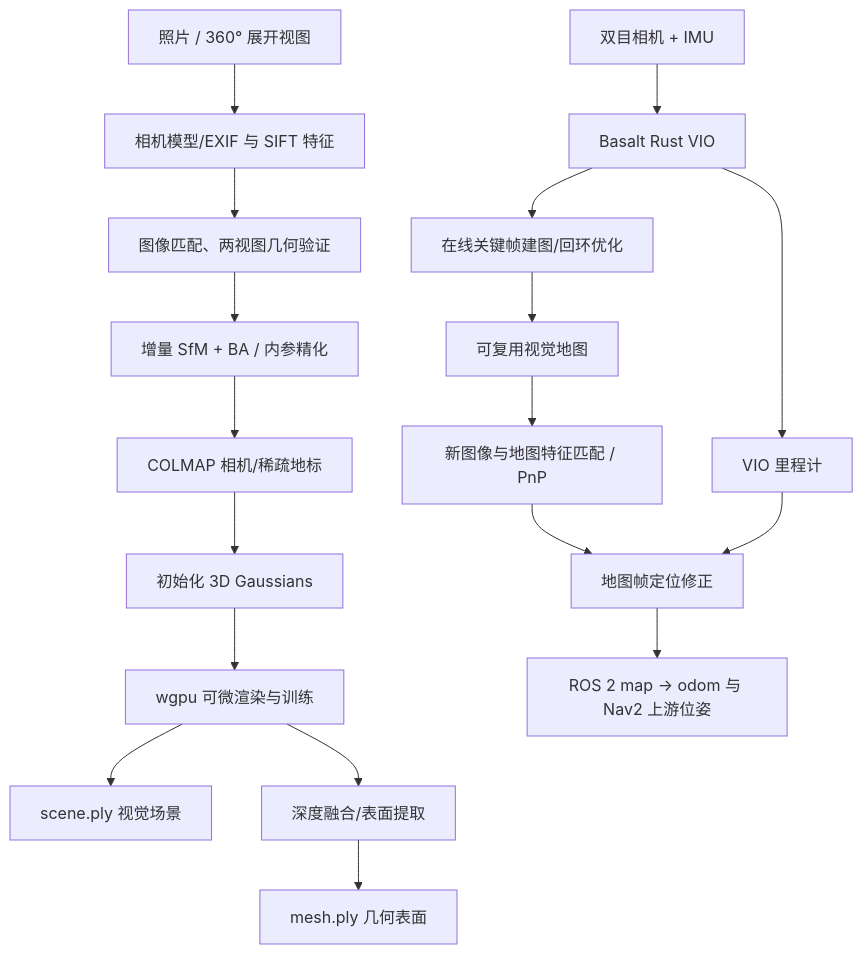
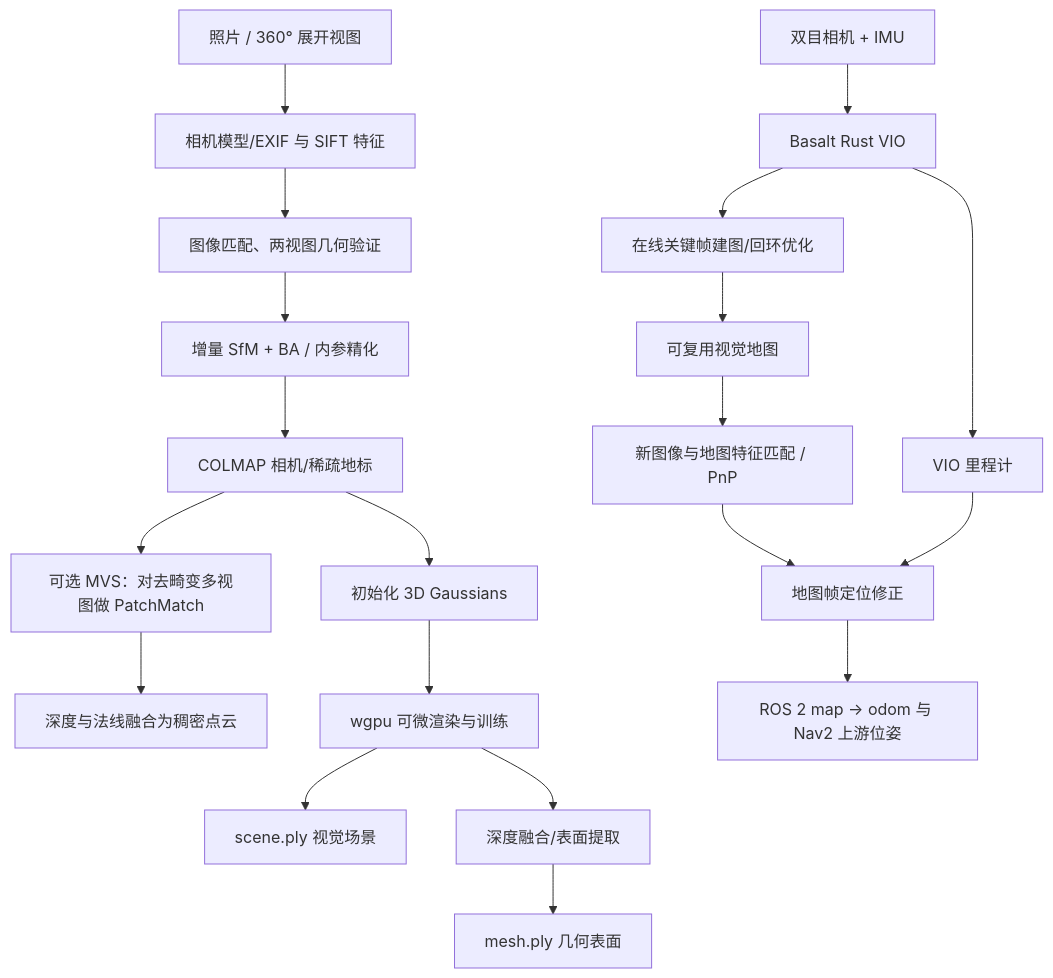
One commit to ImChong/Robotics_Notebooks changed the first of 3 diagrams in wiki/entities/visloc-rs.md. Above: the diagram before and after it, drawn with Mermaid. The commit also changed other lines of this file and 29 other files, not shown here.

````diff
--- a/wiki/entities/visloc-rs.md
+++ b/wiki/entities/visloc-rs.md
@@ -56,20 +56,22 @@
 ```mermaid
 flowchart TD
     A["照片 / 360° 展开视图"] --> B["相机模型/EXIF 与 SIFT 特征"]
     B --> C["图像匹配、两视图几何验证"]
     C --> D["增量 SfM + BA / 内参精化"]
     D --> E["COLMAP 相机/稀疏地标"]
+    E --> MVS["可选 MVS：对去畸变多视图做 PatchMatch"]
+    MVS --> Dense["深度与法线融合为稠密点云"]
     E --> F["初始化 3D Gaussians"]
     F --> G["wgpu 可微渲染与训练"]
     G --> H["scene.ply 视觉场景"]
     G --> I["深度融合/表面提取"]
     I --> J["mesh.ply 几何表面"]
     K["双目相机 + IMU"] --> L["Basalt Rust VIO"]
     L --> M["在线关键帧建图/回环优化"]
     M --> N["可复用视觉地图"]
     N --> O["新图像与地图特征匹配 / PnP"]
     L --> P["VIO 里程计"]
     O --> Q["地图帧定位修正"]
     P --> Q
     Q --> R["ROS 2 map → odom 与 Nav2 上游位姿"]
 ```
````
